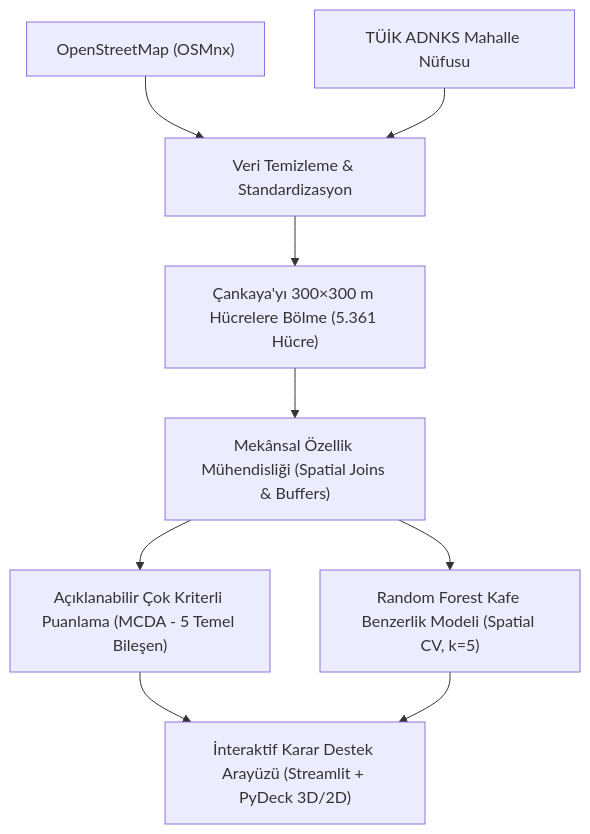
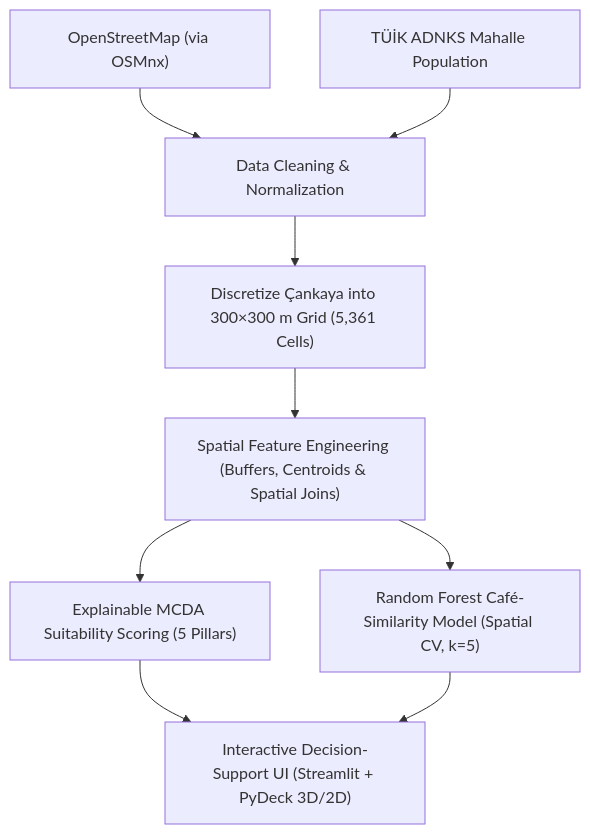
One commit to edasaruhan/SIC_AI_17_Capstone_Group_6 changed the diagram in README.md. Above: the diagram before and after it, drawn with Mermaid. The commit also changed other lines of this file, not shown here.

````diff
--- a/README.md
+++ b/README.md
@@ -23,11 +23,11 @@
 ```mermaid
 flowchart TD
-    A["OpenStreetMap (OSMnx)"] --> B["Veri Temizleme & Standardizasyon"]
-    T["TÜİK ADNKS Mahalle Nüfusu"] --> B
-    B --> C["Çankaya'yı 300×300 m Hücrelere Bölme (5.361 Hücre)"]
-    C --> D["Mekânsal Özellik Mühendisliği (Spatial Joins & Buffers)"]
-    D --> E["Açıklanabilir Çok Kriterli Puanlama (MCDA - 5 Temel Bileşen)"]
-    D --> F["Random Forest Kafe Benzerlik Modeli (Spatial CV, k=5)"]
-    E --> G["İnteraktif Karar Destek Arayüzü (Streamlit + PyDeck 3D/2D)"]
+    A["OpenStreetMap (via OSMnx)"] --> B["Data Cleaning & Normalization"]
+    T["TÜİK ADNKS Mahalle Population"] --> B
+    B --> C["Discretize Çankaya into 300×300 m Grid (5,361 Cells)"]
+    C --> D["Spatial Feature Engineering (Buffers, Centroids & Spatial Joins)"]
+    D --> E["Explainable MCDA Suitability Scoring (5 Pillars)"]
+    D --> F["Random Forest Café-Similarity Model (Spatial CV, k=5)"]
+    E --> G["Interactive Decision-Support UI (Streamlit + PyDeck 3D/2D)"]
     F --> G
 ```
````
